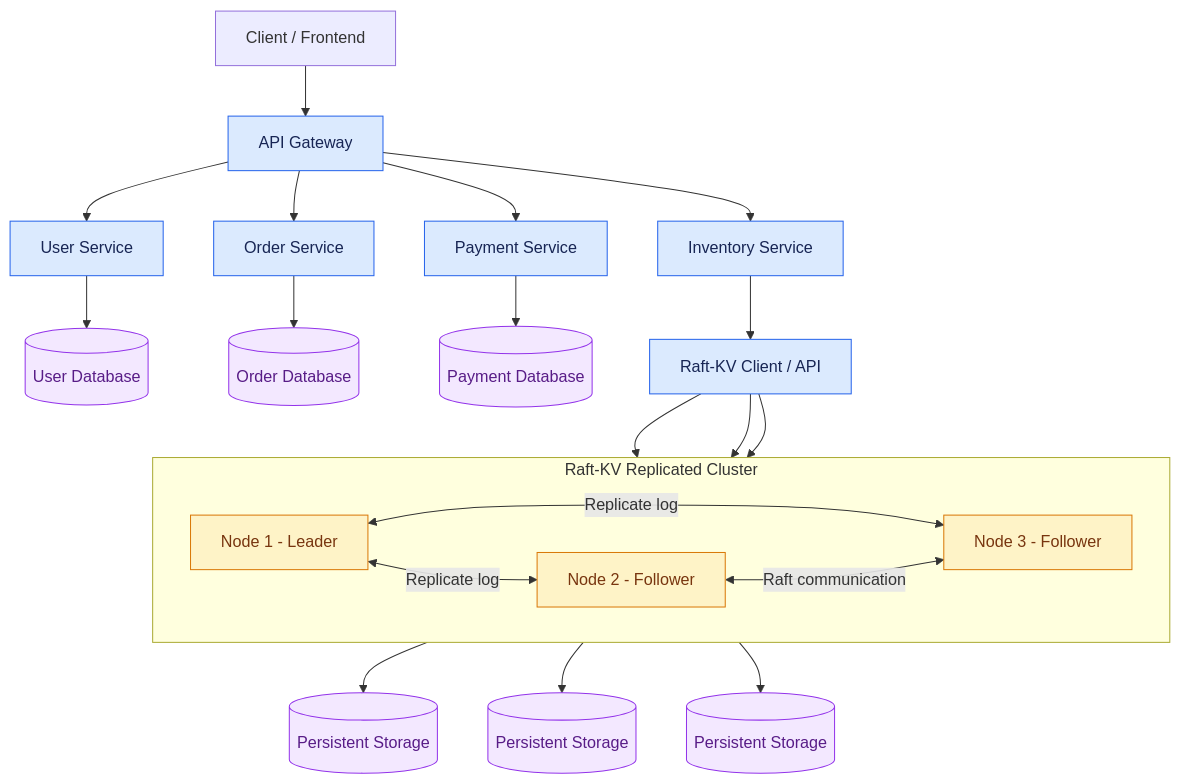
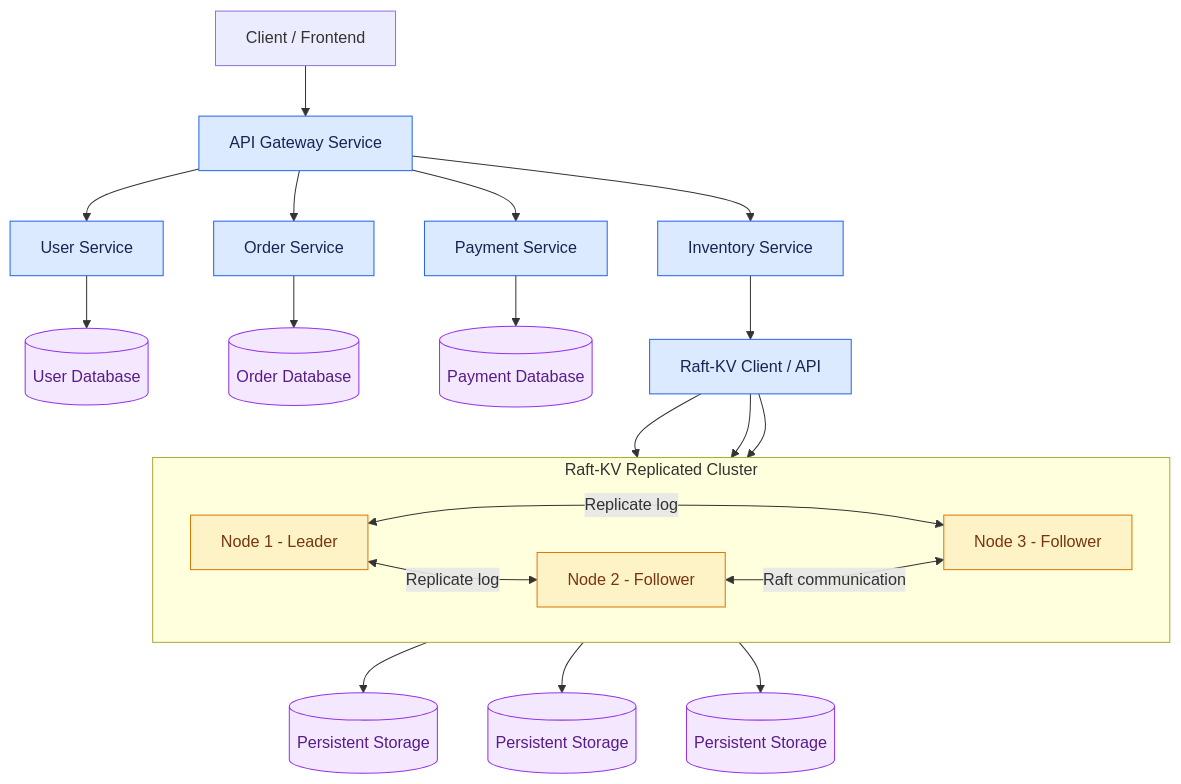
One commit to Munkhjintr/raft-kv changed the second of 2 diagrams in README.md. Above: the diagram before and after it, drawn with Mermaid.

Commit message:
Fix README formatting

````diff
--- a/README.md
+++ b/README.md
@@ -62,43 +62,43 @@
 ```mermaid
 flowchart TB
-    U["Client / Frontend"] --> G["API Gateway"]
+    U["Client / Frontend"] --> G["API Gateway Service"]
 
     G --> US["User Service"]
     G --> OS["Order Service"]
     G --> IS["Inventory Service"]
     G --> PS["Payment Service"]
 
     US --> DB1[("User Database")]
     OS --> DB2[("Order Database")]
     PS --> DB3[("Payment Database")]
 
     IS --> API["Raft-KV Client / API"]
 
     subgraph RC["Raft-KV Replicated Cluster"]
         direction LR
 
         N1["Node 1 - Leader"]
         N2["Node 2 - Follower"]
         N3["Node 3 - Follower"]
 
         N1 <-->|Replicate log| N2
         N1 <-->|Replicate log| N3
         N2 <-->|Raft communication| N3
     end
 
     API --> N1
     API --> N2
     API --> N3
 
     N1 --> D1[("Persistent Storage")]
     N2 --> D2[("Persistent Storage")]
     N3 --> D3[("Persistent Storage")]
 
     classDef service fill:#dbeafe,stroke:#2563eb,color:#172554
     classDef consensus fill:#fef3c7,stroke:#d97706,color:#78350f
     classDef database fill:#f3e8ff,stroke:#9333ea,color:#581c87
 
     class G,US,OS,IS,PS,API service
     class N1,N2,N3 consensus
     class DB1,DB2,DB3,D1,D2,D3 database
 ```
````
